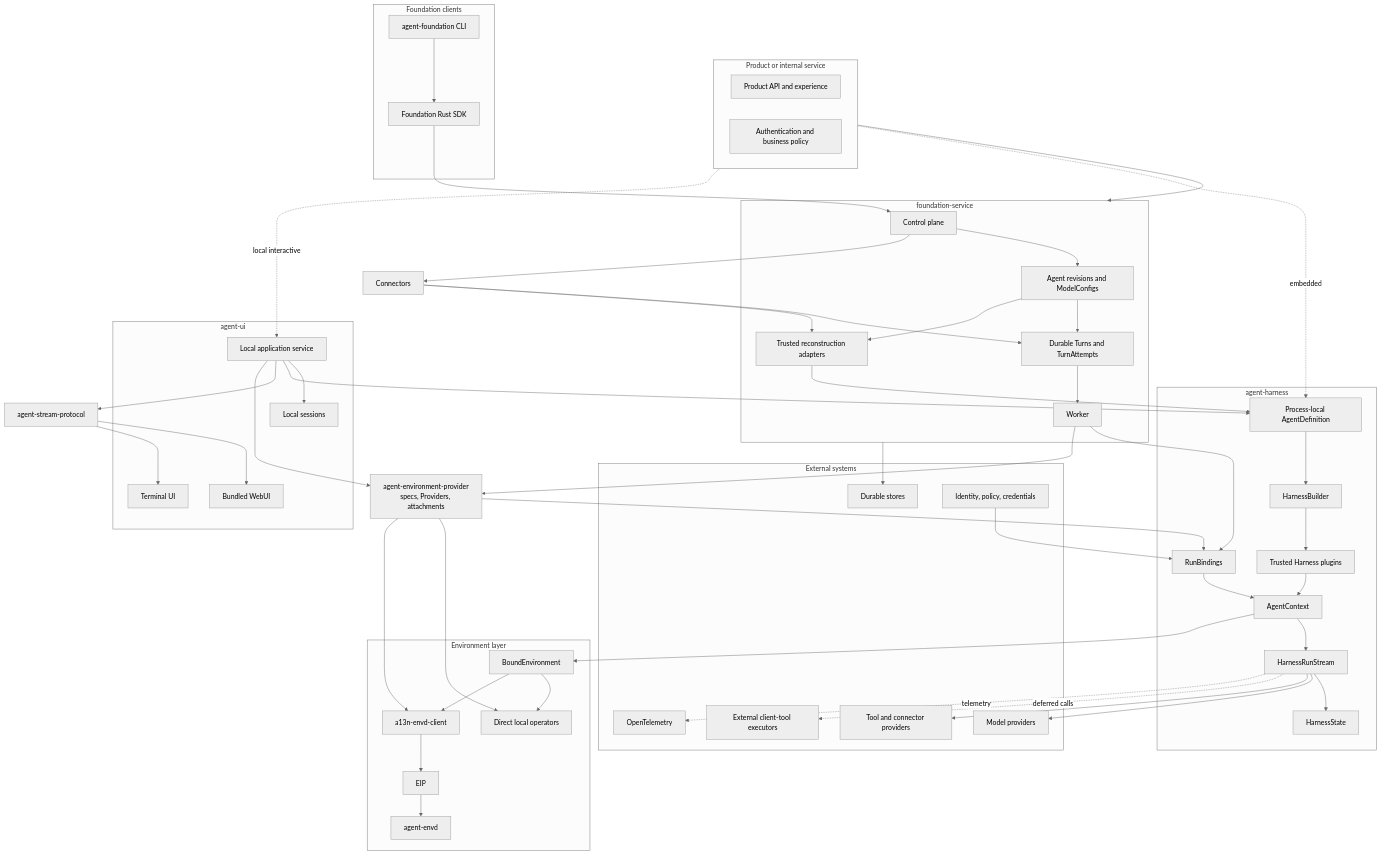
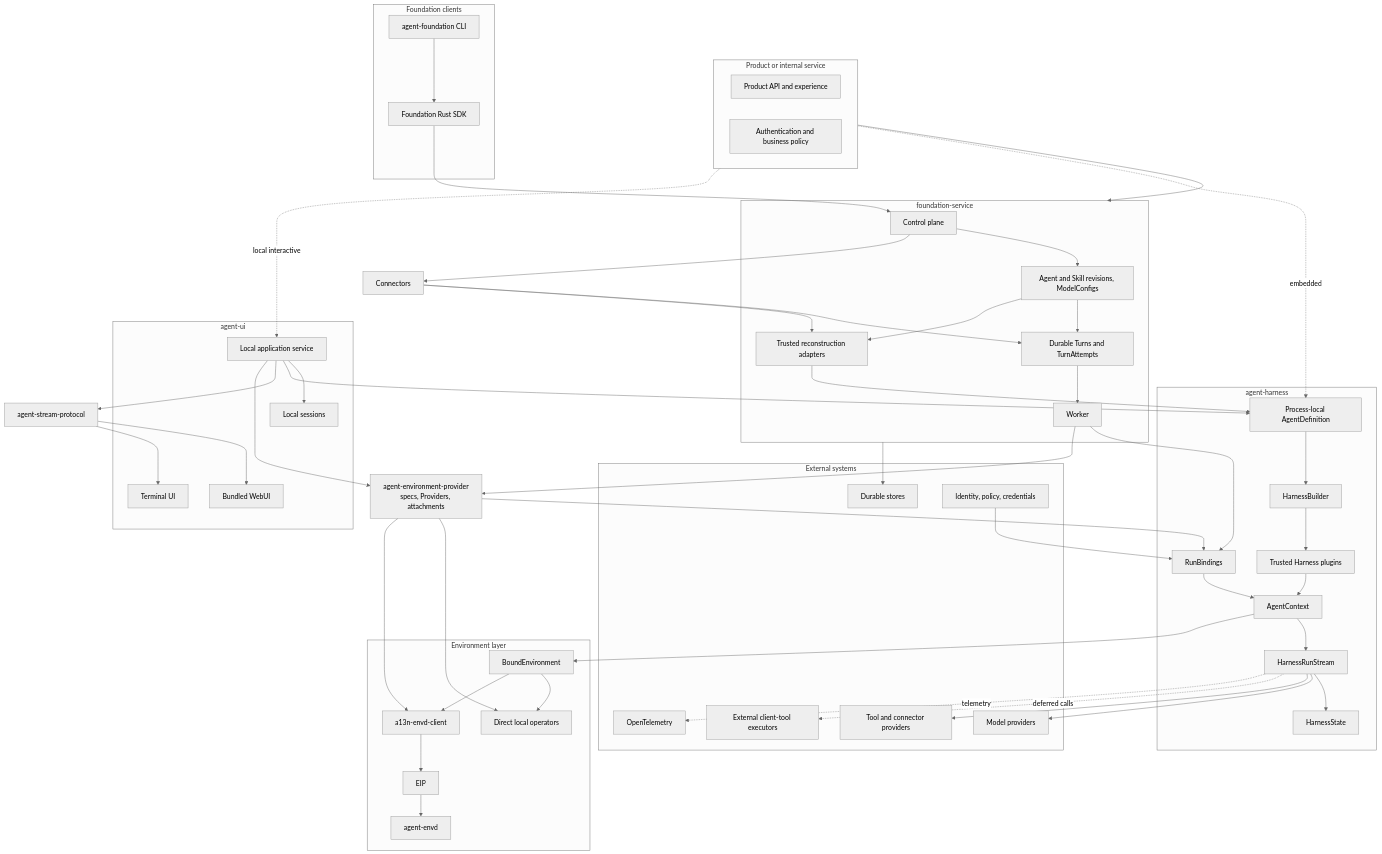
The first of 4 diagrams in spec/README.md (LTThreeComma/agent-foundation), drawn with Mermaid (neutral theme) before and after one commit. The commit also changed other lines of this file and 21 other files, not shown here.

````diff
--- a/spec/README.md
+++ b/spec/README.md
@@ -23,82 +23,82 @@
 ```mermaid
 flowchart TB
     subgraph Product[Product or internal service]
         API[Product API and experience]
         Policy[Authentication and business policy]
     end
 
     subgraph Service[foundation-service]
         Control[Control plane]
-        Definitions[Agent revisions and ModelConfigs]
+        Definitions[Agent and Skill revisions, ModelConfigs]
         Lifecycle[Durable Turns and TurnAttempts]
         Worker[Worker]
         Reconstruct[Trusted reconstruction adapters]
     end
 
     subgraph LocalUI[agent-ui]
         AppService[Local application service]
         Sessions[Local sessions]
         WebUI[Bundled WebUI]
         TUI[Terminal UI]
     end
 
     subgraph FoundationClients[Foundation clients]
         FoundationCLI[agent-foundation CLI]
         RustSDK[Foundation Rust SDK]
     end
 
     subgraph Harness[agent-harness]
         Definition[Process-local AgentDefinition]
         Builder[HarnessBuilder]
         Plugins[Trusted Harness plugins]
         Bindings[RunBindings]
         Context[AgentContext]
         Run[HarnessRunStream]
         State[HarnessState]
     end
 
     StreamProtocol[agent-stream-protocol]
     ProviderPackage[agent-environment-provider<br/>specs, Providers, attachments]
 
     subgraph Environment[Environment layer]
         Bound[BoundEnvironment]
         Local[Direct local operators]
         EIPClient[a13n-envd-client]
         EIP[EIP]
         Envd[agent-envd]
     end
 
     subgraph External[External systems]
         Models[Model providers]
         Tools[Tool and connector providers]
         Stores[Durable stores]
         Identity[Identity, policy, credentials]
         Clients[External client-tool executors]
         OTel[OpenTelemetry]
     end
 
     Product --> Service
     FoundationCLI --> RustSDK --> Control
     Product -. embedded .-> Definition
     Product -. local interactive .-> AppService
     AppService --> Sessions
     AppService --> Definition
     AppService --> StreamProtocol --> WebUI & TUI
     Control --> Definitions & Connectors
     Definitions & Connectors --> Lifecycle --> Worker
     Definitions & Connectors --> Reconstruct --> Definition
     Definition --> Builder --> Plugins
     Worker --> Bindings
     Identity --> Bindings
     Plugins & Bindings --> Context --> Run --> State
     Run --> Models & Tools
     Run -. deferred calls .-> Clients
     Worker & AppService --> ProviderPackage
     ProviderPackage --> Local & EIPClient
     ProviderPackage --> Bindings
     Context --> Bound
     Bound --> Local
     Bound --> EIPClient --> EIP --> Envd
     Service --> Stores
     Run -. telemetry .-> OTel
 ```
````
